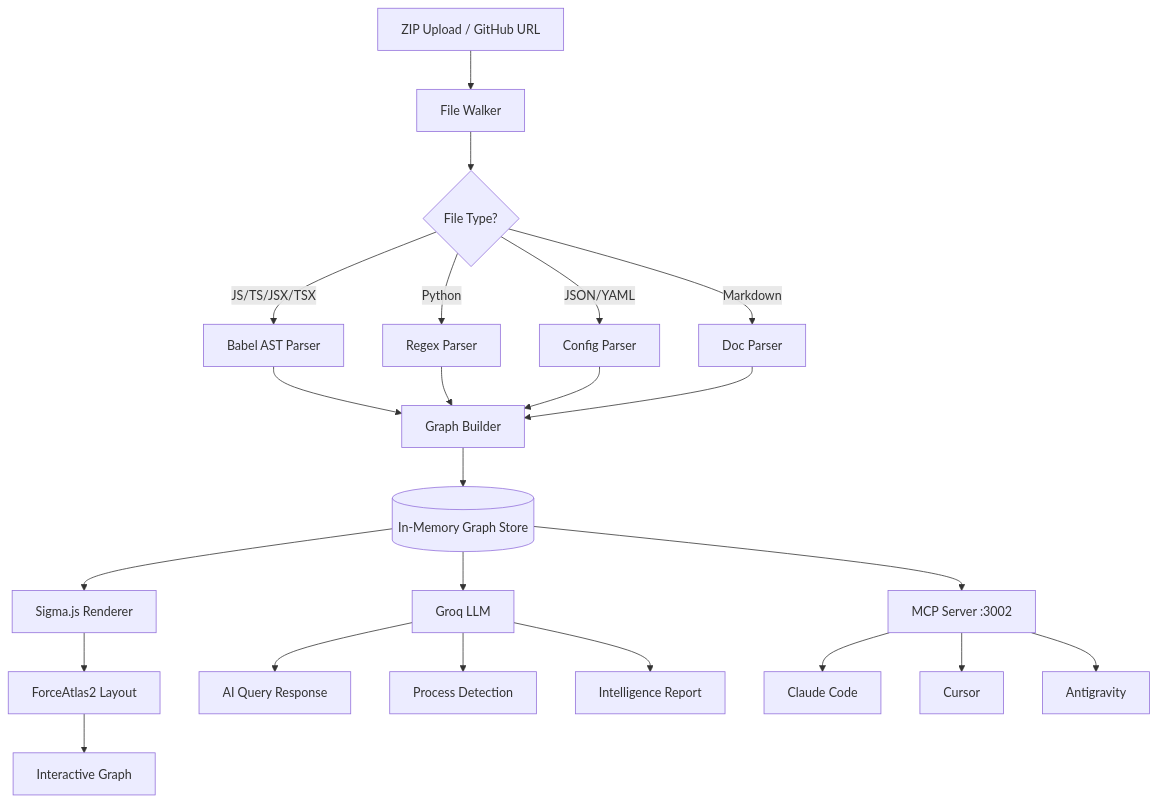
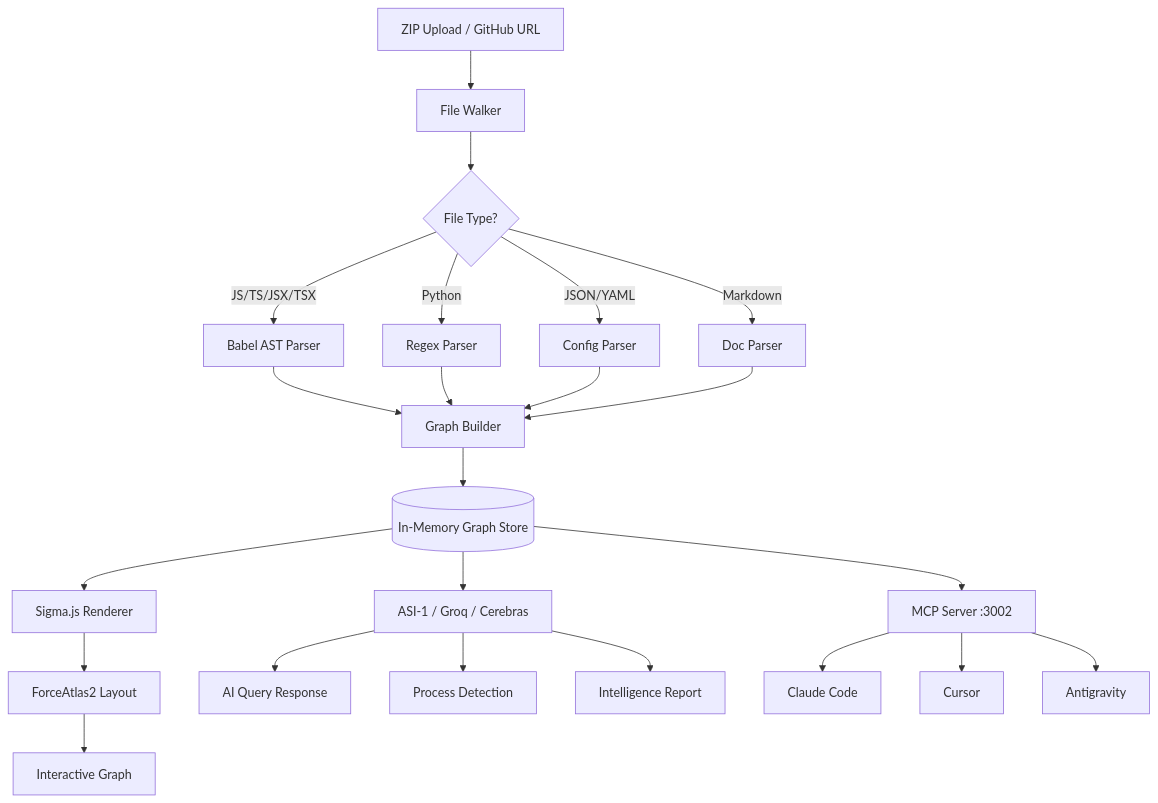
Before and after one commit to LAZYGENIUS69/VECTRON: the first of 2 diagrams in README.md, drawn with Mermaid. The commit also changed other lines of this file and 5 other files, not shown here.

Commit message:
feat: add ASI-1 as primary LLM provider

````diff
--- a/README.md
+++ b/README.md
@@ -125,25 +125,25 @@
 ```mermaid
 flowchart TD
     A[ZIP Upload / GitHub URL] --> B[File Walker]
     B --> C{File Type?}
     C -->|JS/TS/JSX/TSX| D[Babel AST Parser]
     C -->|Python| E[Regex Parser]
     C -->|JSON/YAML| F[Config Parser]
     C -->|Markdown| G[Doc Parser]
     D --> H[Graph Builder]
     E --> H
     F --> H
     G --> H
     H --> I[(In-Memory Graph Store)]
     I --> J[Sigma.js Renderer]
-    I --> K[Groq LLM]
+    I --> K[ASI-1 / Groq / Cerebras]
     I --> L[MCP Server :3002]
     J --> M[ForceAtlas2 Layout]
     M --> N[Interactive Graph]
     K --> O[AI Query Response]
     K --> P[Process Detection]
     K --> Q[Intelligence Report]
     L --> R[Claude Code]
     L --> S[Cursor]
     L --> T[Antigravity]
 ```
````
